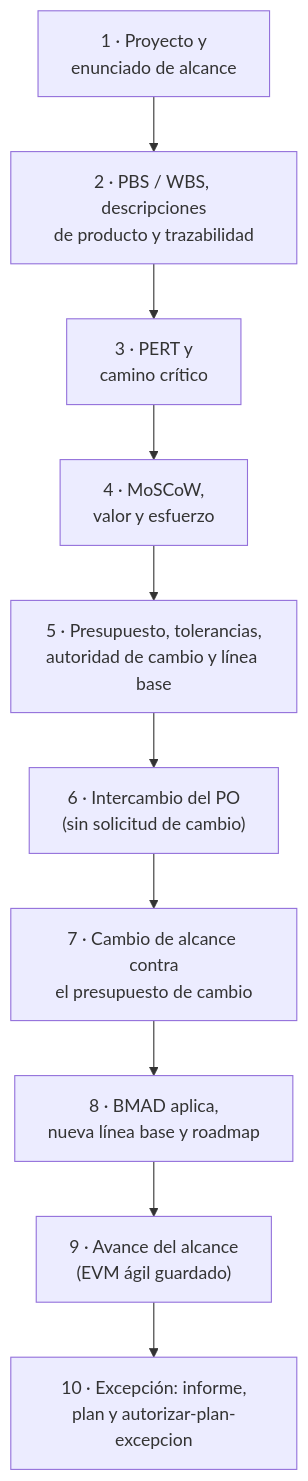
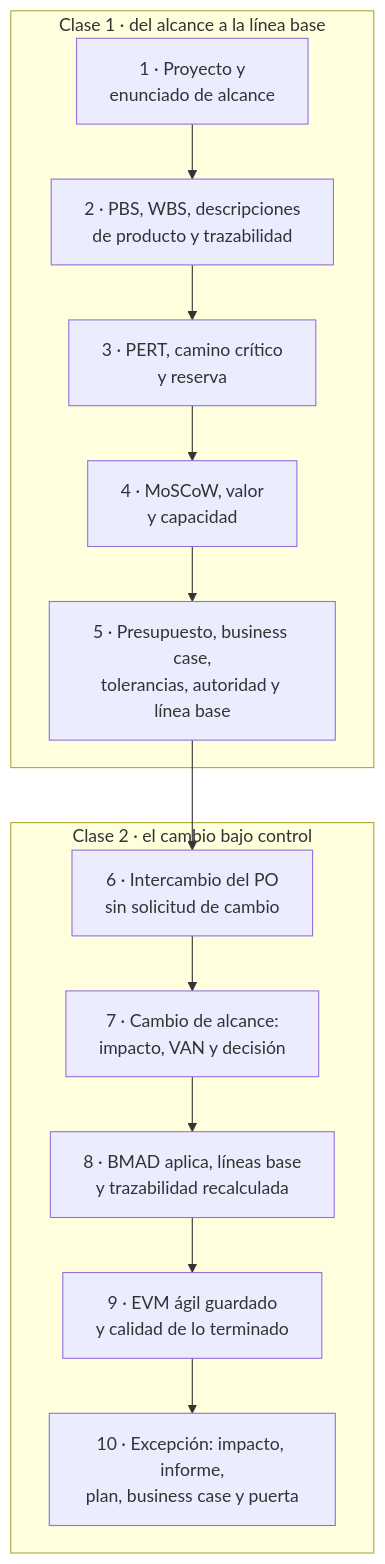
One commit to Arturo-Penas-Rial/pm-method changed the first of 6 diagrams in docs/guias/E2E-2-alcance-roadmap.md. Above: the diagram before and after it, drawn with Mermaid. The commit also changed other lines of this file and 274 other files, not shown here.

````diff
--- a/docs/guias/E2E-2-alcance-roadmap.md
+++ b/docs/guias/E2E-2-alcance-roadmap.md
@@ -20,11 +94,15 @@
 ```mermaid
 flowchart TB
-    a["1 · Proyecto y<br/>enunciado de alcance"] --> b["2 · PBS / WBS, descripciones<br/>de producto y trazabilidad"]
-    b --> c["3 · PERT y<br/>camino crítico"] --> d["4 · MoSCoW,<br/>valor y esfuerzo"]
-    d --> e["5 · Presupuesto, tolerancias,<br/>autoridad de cambio y línea base"]
-    e --> f["6 · Intercambio del PO<br/>(sin solicitud de cambio)"]
-    f --> g["7 · Cambio de alcance contra<br/>el presupuesto de cambio"]
-    g --> h["8 · BMAD aplica,<br/>nueva línea base y roadmap"]
-    h --> i["9 · Avance del alcance<br/>(EVM ágil guardado)"]
-    i --> j["10 · Excepción: informe,<br/>plan y autorizar-plan-excepcion"]
+    subgraph c1["Clase 1 · del alcance a la línea base"]
+        a["1 · Proyecto y<br/>enunciado de alcance"] --> b["2 · PBS, WBS, descripciones<br/>de producto y trazabilidad"]
+        b --> c["3 · PERT, camino crítico<br/>y reserva"] --> d["4 · MoSCoW, valor<br/>y capacidad"]
+        d --> e["5 · Presupuesto, business case,<br/>tolerancias, autoridad y línea base"]
+    end
+    subgraph c2["Clase 2 · el cambio bajo control"]
+        f["6 · Intercambio del PO<br/>sin solicitud de cambio"] --> g["7 · Cambio de alcance:<br/>impacto, VAN y decisión"]
+        g --> h["8 · BMAD aplica, líneas base<br/>y trazabilidad recalculada"]
+        h --> i["9 · EVM ágil guardado<br/>y calidad de lo terminado"]
+        i --> j["10 · Excepción: impacto, informe,<br/>plan, business case y puerta"]
+    end
+    e --> f
 ```
````
